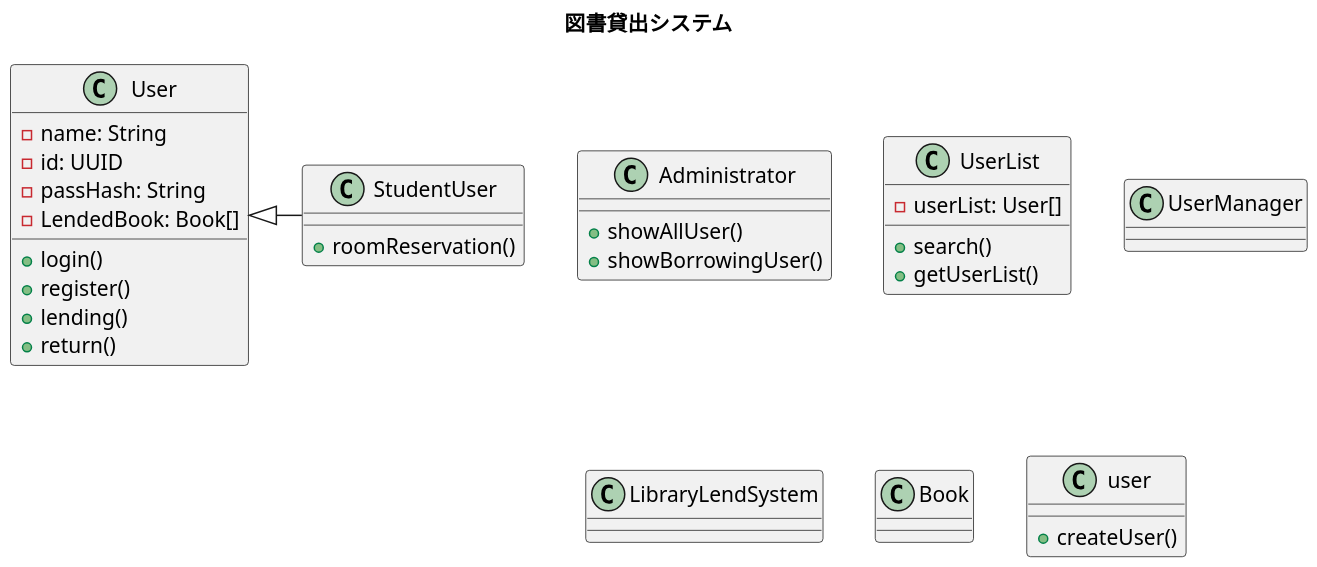
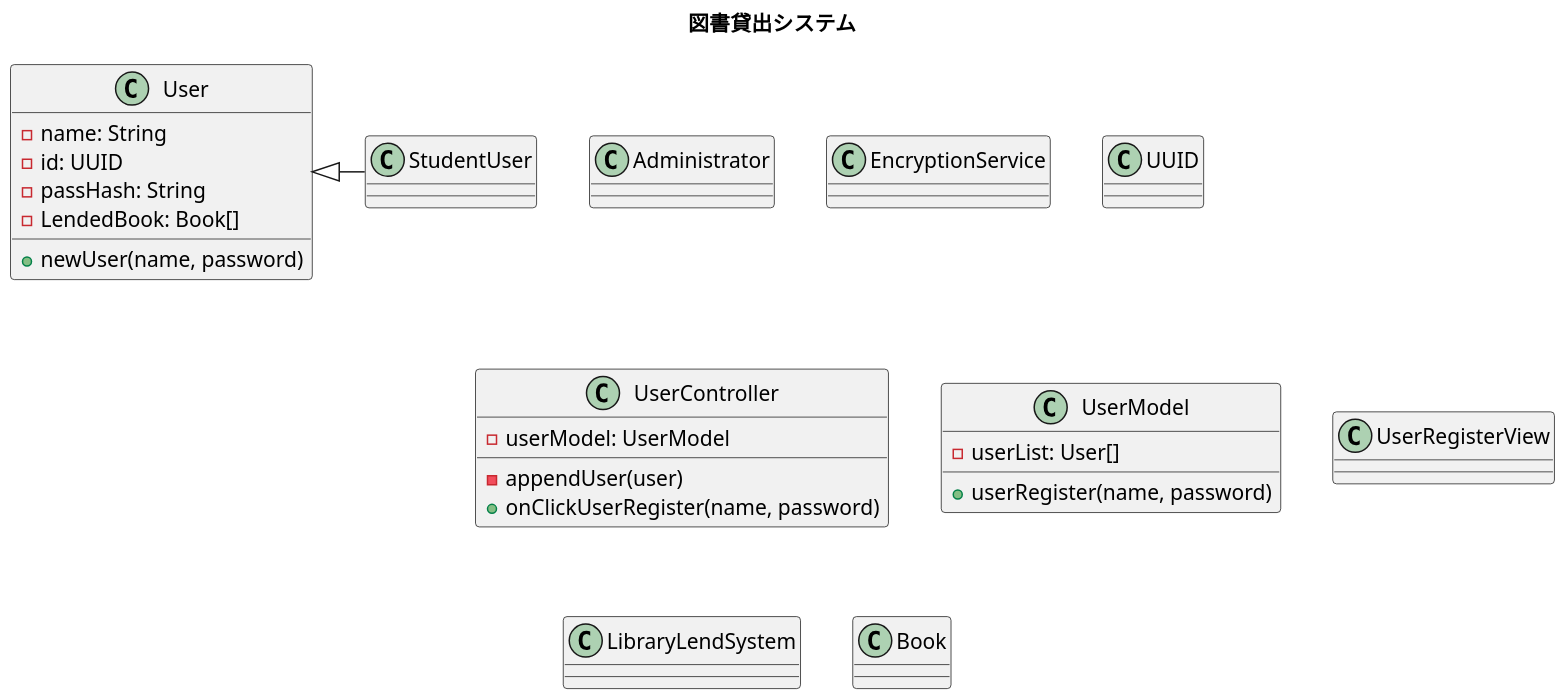
Before and after one commit to Romira915/AdvancedSoftwareEngineering3-Task: the diagram in class.pu, drawn with PlantUML. The commit also changed 1 other file, not shown here.

```diff
--- a/class.pu
+++ b/class.pu
@@ -1,38 +1,37 @@
 @startuml 図書貸出システム
 
 title 図書貸出システム
 skinparam dpi 150
 
 class User
-class StudentUser
-class Administrator
-
-class UserList
-class UserManager
-class LibraryLendSystem
-class Book
-
-User <|- StudentUser
-
 User : -name: String
 User : -id: UUID
 User : -passHash: String
 User : -LendedBook: Book[]
-User : +login()
-User : +register()
-User : +lending()
-User : +return()
-user : +createUser()
+User : +newUser(name, password)
 
-StudentUser : +roomReservation()
+class StudentUser
+User <|- StudentUser
 
-Administrator : +showAllUser()
-Administrator : +showBorrowingUser()
+class Administrator
 
-UserList : -userList: User[]
-UserList : +search()
-UserList : +getUserList()
+class EncryptionService
+
+class UUID
+
+class UserController
+UserController : -userModel: UserModel
+UserController : -appendUser(user)
+UserController : +onClickUserRegister(name, password)
+
+class UserModel
+UserModel : -userList: User[]
+UserModel : +userRegister(name, password)
+
+class UserRegisterView
 
 
+class LibraryLendSystem
+class Book
 
 @enduml
```
